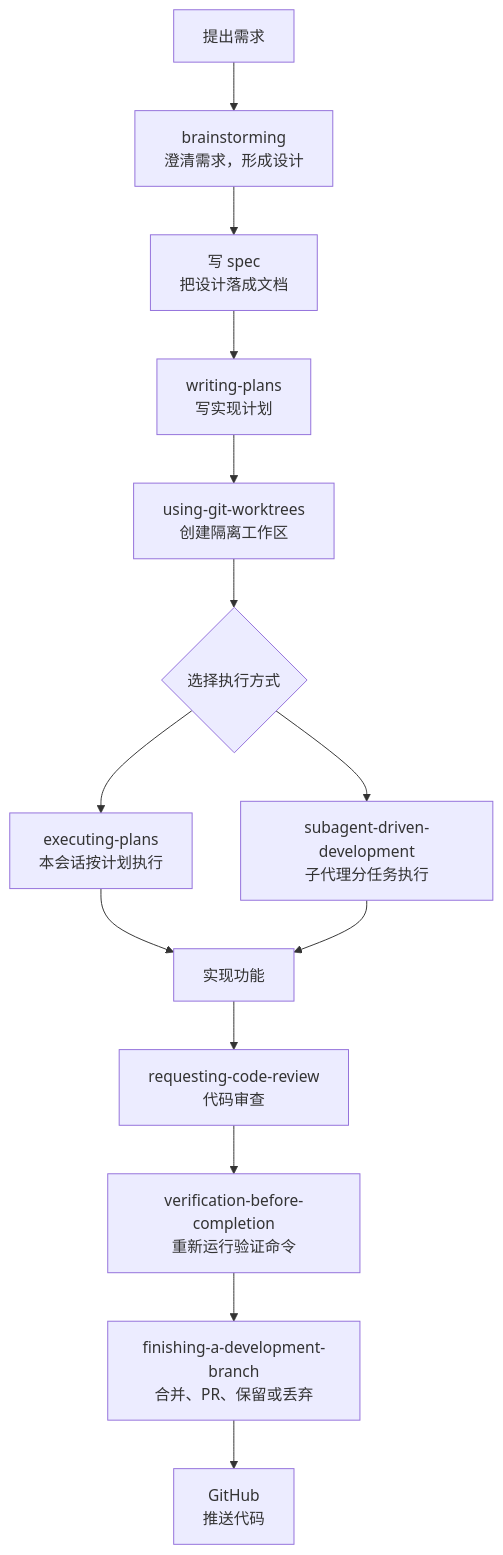
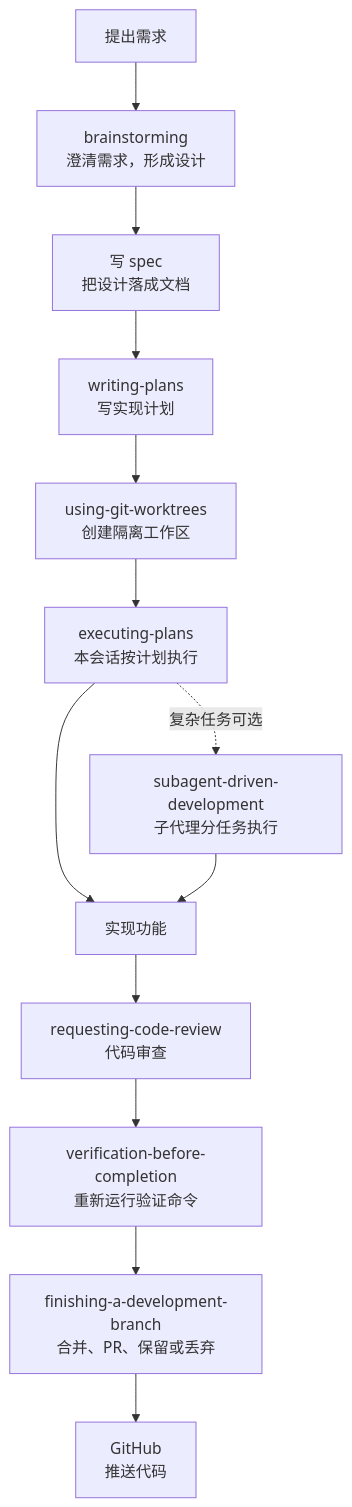
The diagram in README.md (kyruntime/superpowers-springboot-lab), drawn with Mermaid before and after one commit. The commit also changed other lines of this file, not shown here.

````diff
--- a/README.md
+++ b/README.md
@@ -81,16 +83,15 @@
 ```mermaid
 flowchart TD
     A["提出需求"] --> B["brainstorming<br/>澄清需求，形成设计"]
     B --> C["写 spec<br/>把设计落成文档"]
     C --> D["writing-plans<br/>写实现计划"]
     D --> E["using-git-worktrees<br/>创建隔离工作区"]
-    E --> F{"选择执行方式"}
-    F --> G["executing-plans<br/>本会话按计划执行"]
-    F --> H["subagent-driven-development<br/>子代理分任务执行"]
-    G --> I["实现功能"]
-    H --> I
+    E --> F["executing-plans<br/>本会话按计划执行"]
+    F -. "复杂任务可选" .-> G["subagent-driven-development<br/>子代理分任务执行"]
+    F --> I["实现功能"]
+    G --> I
     I --> J["requesting-code-review<br/>代码审查"]
     J --> K["verification-before-completion<br/>重新运行验证命令"]
     K --> L["finishing-a-development-branch<br/>合并、PR、保留或丢弃"]
     L --> M["GitHub<br/>推送代码"]
 ```
````
